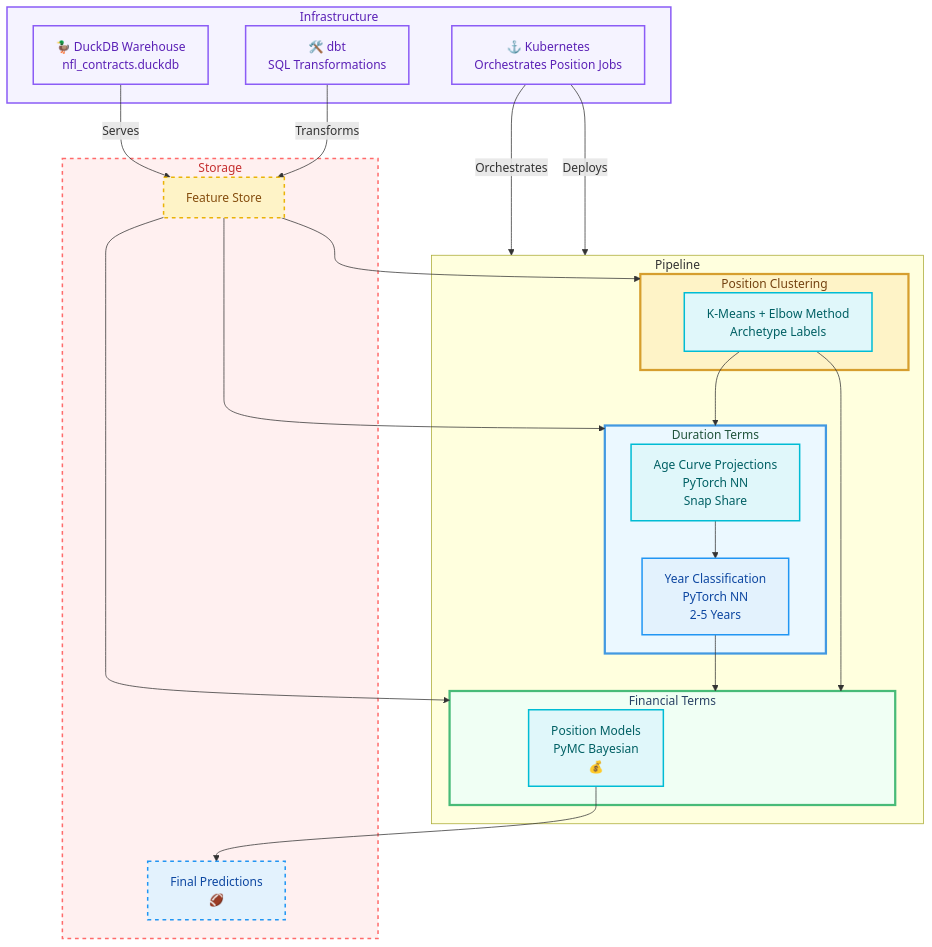
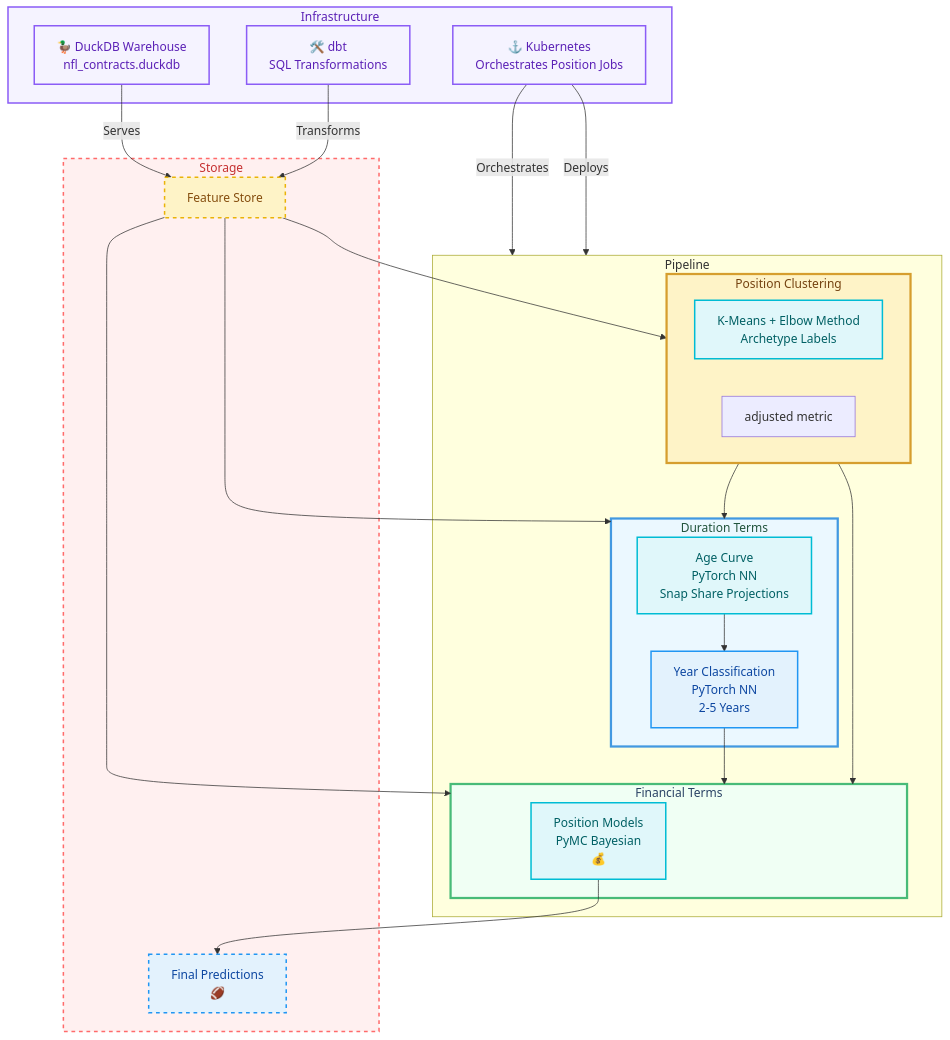
Before and after one commit to dec1costello/NFL-Market-Value-Analysis: the diagram in README.md, drawn with Mermaid.

Commit message:
Update README to correct flow and model descriptions

````diff
--- a/README.md
+++ b/README.md
@@ -38,72 +38,73 @@
 ```mermaid
 graph TB
  %% === STYLING ===
     classDef stage1 fill:#fef3c7,stroke:#d69e2e,stroke-width:3px,color:#744210
     classDef stage2 fill:#ebf8ff,stroke:#4299e1,stroke-width:3px,color:#22543d 
     classDef stage3 fill:#f0fff4,stroke:#48bb78,stroke-width:3px,color: #2a4365
     classDef features fill:#fef3c7,stroke:#eab308,stroke-width:2px,color:#854d0e
     classDef model fill:#e0f7fa,stroke:#00bcd4,stroke-width:2px,color:#006064
     classDef output fill:#e3f2fd,stroke:#2196f3,stroke-width:2px,color:#0d47a1
     classDef infra fill:#f5f3ff,stroke:#8b5cf6,stroke-width:2px,color:#5b21b6
     classDef storage fill:#fff0f0,stroke:#FF6B6B,stroke-width:2px,stroke-dasharray:5 5,color:#c53030
 
     %% === INFRASTRUCTURE LAYERS ===
     subgraph INFRA ["Infrastructure"]
         DUCKDB["🦆 DuckDB Warehouse<br/>nfl_contracts.duckdb"]
         K8S["⚓ Kubernetes<br/>Orchestrates Position Jobs"]
         DBT["🛠️ dbt<br/>SQL Transformations"]
     end
 
     %% === DATA FLOW ===
     subgraph DATA_FLOW ["Pipeline"]
         %% === STAGE 1: ARCHETYPE DISCOVERY ===
         subgraph STAGE_1 ["Position Clustering"]
             CLUSTERING["K-Means + Elbow Method<br/>Archetype Labels"]
+            adjusted_metric["adjusted metric"]
         end
 
         %% === STAGE 2: YEAR PREDICTION ===
         subgraph STAGE_2 ["Duration Terms"]
-            YEAR_MODELS["Age Curve Projections<br/>PyTorch NN<br/>Snap Share"]
+            YEAR_MODELS["Age Curve<br/>PyTorch NN<br/>Snap Share Projections"]
             YEAR_PREDS["Year Classification<br/>PyTorch NN<br/>2-5 Years"]
         end
 
         %% === STAGE 3: FINANCIAL PREDICTION ===
         subgraph STAGE_3 ["Financial Terms"]
             FINANCIAL_MODELS["Position Models<br/>PyMC Bayesian<br/>💰"]
         end
     end
 
     %% === STORAGE LAYER ===
     subgraph STORAGE ["Storage"]
         FEATURES["Feature Store<br/>"]
         RESULTS["Final Predictions<br/>🏈"]
     end
 
     %% === CONNECTIONS ===
     %% Infrastructure → Data Flow
     DUCKDB -->|"Serves"| FEATURES
     DBT -->|"Transforms"| FEATURES
     K8S -->|"Orchestrates"| DATA_FLOW
     K8S -->|"Deploys"| DATA_FLOW
 
     %% Data Pipeline Flow
     FEATURES --> STAGE_1
-    CLUSTERING --> STAGE_2
+    STAGE_1 --> STAGE_2
     FEATURES --> STAGE_2
 
     YEAR_MODELS --> YEAR_PREDS
     YEAR_PREDS --> STAGE_3
-    CLUSTERING --> STAGE_3
+    STAGE_1 --> STAGE_3
     FEATURES --> STAGE_3
     FINANCIAL_MODELS --> RESULTS
 
     %% === STYLES ===
     class INFRA,DUCKDB,K8S,DBT infra
     class STORAGE,FEATURES,RESULTS storage
     class STAGE_1 stage1
     class STAGE_2 stage2
     class STAGE_3 stage3
     class FEATURES features
     class CLUSTERING,YEAR_MODELS,FINANCIAL_MODELS model
     class ARCHETYPES,YEAR_PREDS,FINANCIAL_PREDS,RESULTS output;
 ```
````
